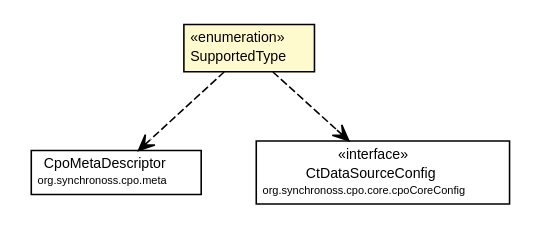
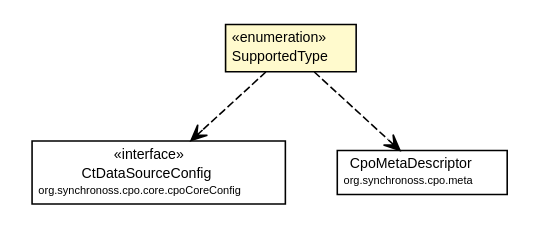
One commit to synchronoss/cpo-util changed the diagram in site/apidocs/org/synchronoss/cpo/util/SupportedType.dot. Above: the diagram before and after it, drawn with Graphviz. The commit also changed 308 other files, not shown here.

Commit message:
Creating site for cpoUtil, 5.0.2-SNAPSHOT

```diff
--- a/site/apidocs/org/synchronoss/cpo/util/SupportedType.dot
+++ b/site/apidocs/org/synchronoss/cpo/util/SupportedType.dot
@@ -1,36 +1,36 @@
 #!/usr/local/bin/dot
 #
 # Class diagram 
 # Generated by UmlGraph version 4.6 (http://www.spinellis.gr/sw/umlgraph)
 #
 
 digraph G {
 	edge [fontname="Helvetica",fontsize=10,labelfontname="Helvetica",labelfontsize=10];
 	node [fontname="Helvetica",fontsize=10,shape=plaintext];
 	// org.synchronoss.cpo.util.SupportedType
 	c727 [label=<<table border="0" cellborder="1" cellspacing="0" cellpadding="2" port="p" bgcolor="lemonChiffon" href="./SupportedType.html">
 		<tr><td><table border="0" cellspacing="0" cellpadding="1">
 			<tr><td> &laquo;enumeration&raquo; </td></tr>
 			<tr><td> SupportedType </td></tr>
 		</table></td></tr>
 		</table>>, fontname="Helvetica", fontcolor="black", fontsize=9.0];
+	// org.synchronoss.cpo.util.SupportedType DEPEND org.synchronoss.cpo.core.cpoCoreConfig.CtDataSourceConfig
+	c727:p -> c797:p [taillabel="", label="", headlabel="", fontname="Helvetica", fontcolor="black", fontsize=10.0, color="black", arrowhead=open, style=dashed];
 	// org.synchronoss.cpo.util.SupportedType DEPEND org.synchronoss.cpo.meta.CpoMetaDescriptor
-	c727:p -> c805:p [taillabel="", label="", headlabel="", fontname="Helvetica", fontcolor="black", fontsize=10.0, color="black", arrowhead=open, style=dashed];
-	// org.synchronoss.cpo.util.SupportedType DEPEND org.synchronoss.cpo.core.cpoCoreConfig.CtDataSourceConfig
 	c727:p -> c806:p [taillabel="", label="", headlabel="", fontname="Helvetica", fontcolor="black", fontsize=10.0, color="black", arrowhead=open, style=dashed];
 	// org.synchronoss.cpo.core.cpoCoreConfig.CtDataSourceConfig
-	c806 [label=<<table border="0" cellborder="1" cellspacing="0" cellpadding="2" port="p" href="http://java.sun.com/j2se/1.4.2/docs/api/org/synchronoss/cpo/core/cpoCoreConfig/CtDataSourceConfig.html">
+	c797 [label=<<table border="0" cellborder="1" cellspacing="0" cellpadding="2" port="p" href="http://java.sun.com/j2se/1.4.2/docs/api/org/synchronoss/cpo/core/cpoCoreConfig/CtDataSourceConfig.html">
 		<tr><td><table border="0" cellspacing="0" cellpadding="1">
 			<tr><td> &laquo;interface&raquo; </td></tr>
 			<tr><td> CtDataSourceConfig </td></tr>
 			<tr><td><font point-size="7.0"> org.synchronoss.cpo.core.cpoCoreConfig </font></td></tr>
 		</table></td></tr>
 		</table>>, fontname="Helvetica", fontcolor="black", fontsize=9.0];
 	// org.synchronoss.cpo.meta.CpoMetaDescriptor
-	c805 [label=<<table border="0" cellborder="1" cellspacing="0" cellpadding="2" port="p" href="http://java.sun.com/j2se/1.4.2/docs/api/org/synchronoss/cpo/meta/CpoMetaDescriptor.html">
+	c806 [label=<<table border="0" cellborder="1" cellspacing="0" cellpadding="2" port="p" href="http://java.sun.com/j2se/1.4.2/docs/api/org/synchronoss/cpo/meta/CpoMetaDescriptor.html">
 		<tr><td><table border="0" cellspacing="0" cellpadding="1">
 			<tr><td> CpoMetaDescriptor </td></tr>
 			<tr><td><font point-size="7.0"> org.synchronoss.cpo.meta </font></td></tr>
 		</table></td></tr>
 		</table>>, fontname="Helvetica", fontcolor="black", fontsize=9.0];
 }
```
